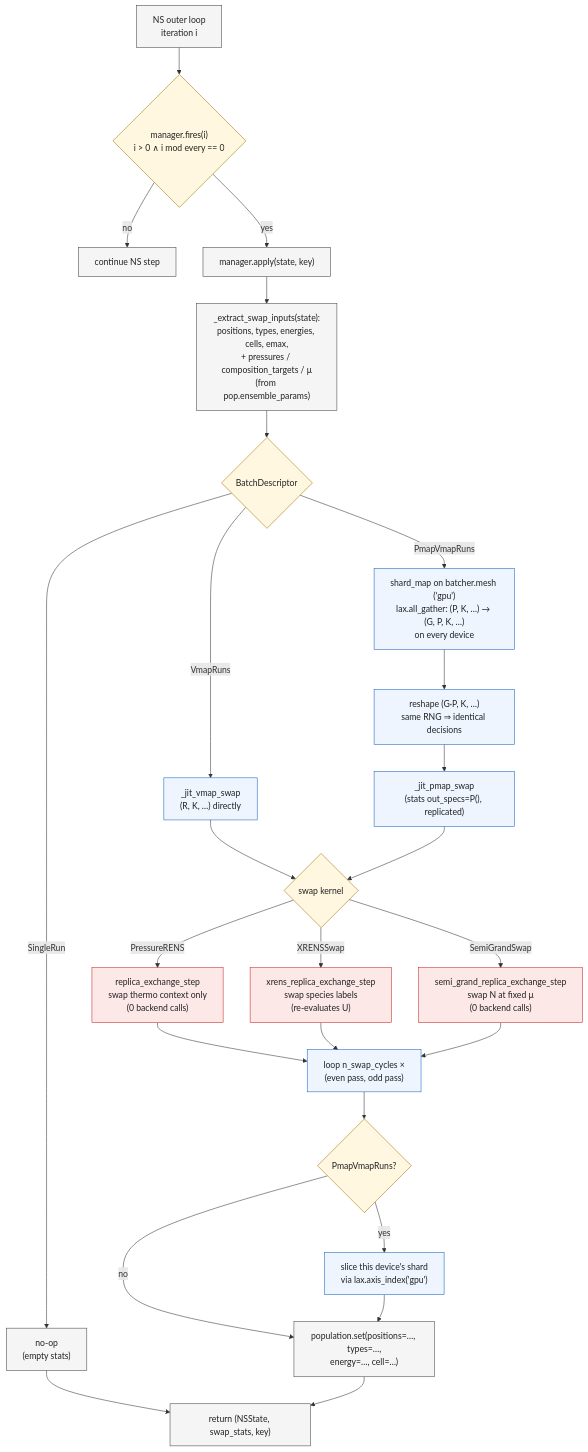
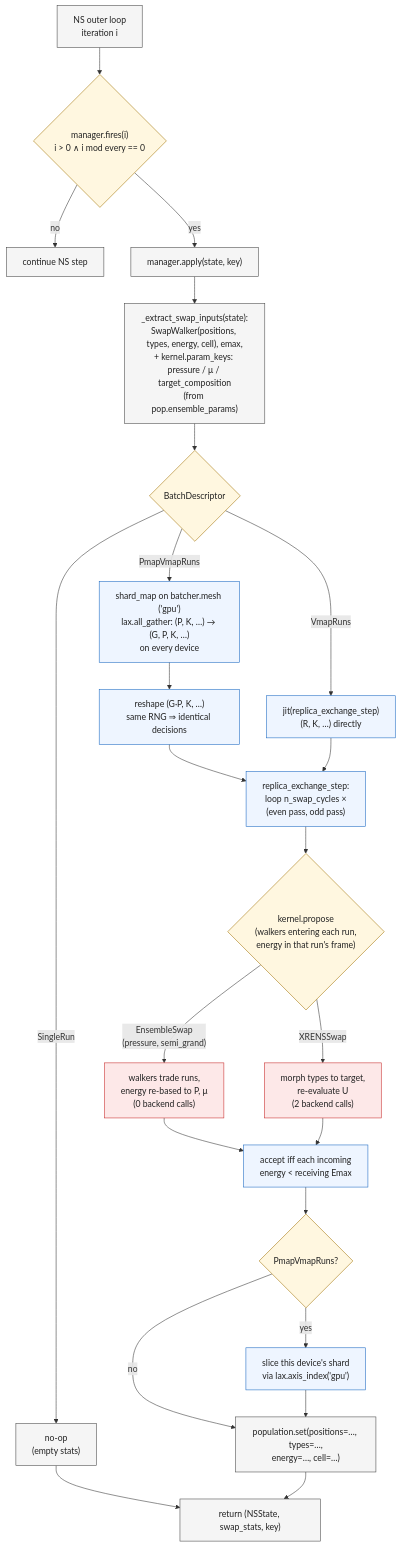
One commit to nunglert/jaxrens changed the third of 3 diagrams in docs/user/concepts/replicas.md. Above: the diagram before and after it, drawn with Mermaid. The commit also changed other lines of this file and 14 other files, not shown here.

Commit message:
refactor: one swap driver and kernel contract for all RE flavors

````diff
--- a/docs/user/concepts/replicas.md
+++ b/docs/user/concepts/replicas.md
@@ -160,44 +160,41 @@
 ```{mermaid}
 flowchart TB
     LOOP["NS outer loop<br/>iteration i"]
     LOOP --> FIRES{"manager.fires(i)<br/>i &gt; 0  ∧  i mod every == 0"}
     FIRES -- no --> CONT["continue NS step"]
     FIRES -- yes --> APPLY["manager.apply(state, key)"]
 
-    APPLY --> EXTR["_extract_swap_inputs(state):<br/>positions, types, energies, cells, emax,<br/>+ pressures / composition_targets / μ<br/>(from pop.ensemble_params)"]
+    APPLY --> EXTR["_extract_swap_inputs(state):<br/>SwapWalker(positions, types, energy, cell), emax,<br/>+ kernel.param_keys: pressure / μ / target_composition<br/>(from pop.ensemble_params)"]
     EXTR --> DESC{"BatchDescriptor"}
 
     DESC -- SingleRun --> NOOP["no-op<br/>(empty stats)"]
-    DESC -- VmapRuns --> VMAP["_jit_vmap_swap<br/>(R, K, …) directly"]
+    DESC -- VmapRuns --> VMAP["jit(replica_exchange_step)<br/>(R, K, …) directly"]
     DESC -- PmapVmapRuns --> AGG["shard_map on batcher.mesh ('gpu')<br/>lax.all_gather: (P, K, …) → (G, P, K, …)<br/>on every device"]
     AGG --> FLAT["reshape (G·P, K, …)<br/>same RNG ⇒ identical decisions"]
-    FLAT --> SWAP["_jit_pmap_swap<br/>(stats out_specs=P(), replicated)"]
+    FLAT --> CYC
 
-    VMAP --> KFLAV{"swap kernel"}
-    SWAP --> KFLAV
+    VMAP --> CYC["replica_exchange_step:<br/>loop n_swap_cycles ×<br/>(even pass, odd pass)"]
+    CYC --> KFLAV{"kernel.propose<br/>(walkers entering each run,<br/>energy in that run's frame)"}
 
-    KFLAV -- "PressureRENS" --> PR["replica_exchange_step<br/>swap thermo context only<br/>(0 backend calls)"]
-    KFLAV -- "XRENSSwap" --> XR["xrens_replica_exchange_step<br/>swap species labels<br/>(re-evaluates U)"]
-    KFLAV -- "SemiGrandSwap" --> SG["semi_grand_replica_exchange_step<br/>swap N at fixed μ<br/>(0 backend calls)"]
+    KFLAV -- "EnsembleSwap<br/>(pressure, semi_grand)" --> PR["walkers trade runs,<br/>energy re-based to P, μ<br/>(0 backend calls)"]
+    KFLAV -- "XRENSSwap" --> XR["morph types to target,<br/>re-evaluate U<br/>(2 backend calls)"]
 
-    PR --> CYC["loop n_swap_cycles ×<br/>(even pass, odd pass)"]
-    XR --> CYC
-    SG --> CYC
-
-    CYC --> SHARDQ{"PmapVmapRuns?"}
+    PR --> ACC["accept iff each incoming<br/>energy &lt; receiving Emax"]
+    XR --> ACC
+    ACC --> SHARDQ{"PmapVmapRuns?"}
     SHARDQ -- yes --> SHARD["slice this device's shard<br/>via lax.axis_index('gpu')"]
     SHARDQ -- no --> WRITE
     SHARD --> WRITE["population.set(positions=…, types=…,<br/>energy=…, cell=…)"]
     NOOP --> RET
     WRITE --> RET["return (NSState, swap_stats, key)"]
 
     classDef decision fill:#fff7e0,stroke:#a07000,color:#222
     classDef path fill:#eef5ff,stroke:#1565c0,color:#222
     classDef kernel fill:#fde8e8,stroke:#c62828,color:#222
     classDef io fill:#f5f5f5,stroke:#444,color:#222
 
     class FIRES,DESC,KFLAV,SHARDQ decision
-    class VMAP,AGG,FLAT,SWAP,SHARD,CYC path
-    class PR,XR,SG kernel
+    class VMAP,AGG,FLAT,SHARD,CYC,ACC path
+    class PR,XR kernel
     class LOOP,APPLY,EXTR,WRITE,RET,CONT,NOOP io
 ```
````
